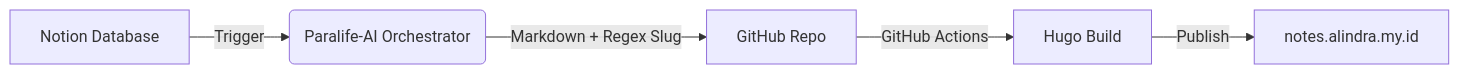
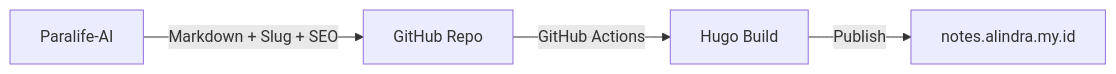
One commit to alsetyaardana/notes-alindra changed the diagram in README.md. Above: the diagram before and after it, drawn with Mermaid. The commit also changed other lines of this file, not shown here.

First line of the commit message:
Rewrite README to reflect Paralife-AI as sole orchestrator

````diff
--- a/README.md
+++ b/README.md
@@ -15,7 +13,6 @@
 ```mermaid
 graph LR
-    A[Notion Database] -- "Trigger" --> B(Paralife-AI Orchestrator)
-    B -- "Markdown + Regex Slug" --> C[GitHub Repo]
-    C -- "GitHub Actions" --> D[Hugo Build]
-    D -- "Publish" --> E[notes.alindra.my.id]
+    A[Paralife-AI] -- "Markdown + Slug + SEO" --> B[GitHub Repo]
+    B -- "GitHub Actions" --> C[Hugo Build]
+    C -- "Publish" --> D[notes.alindra.my.id]
 ```
````
